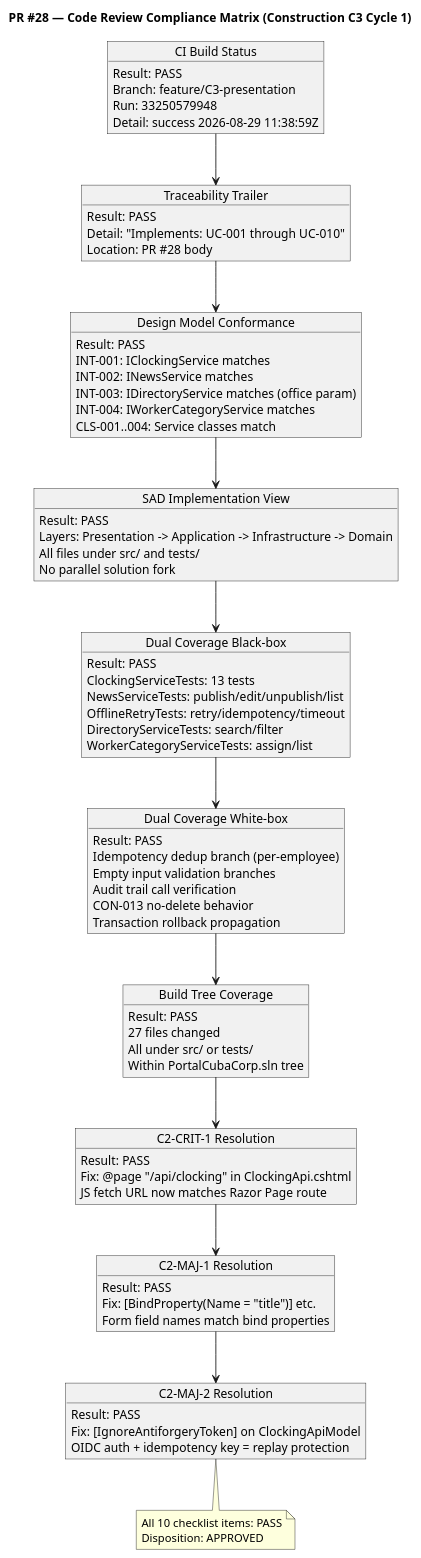
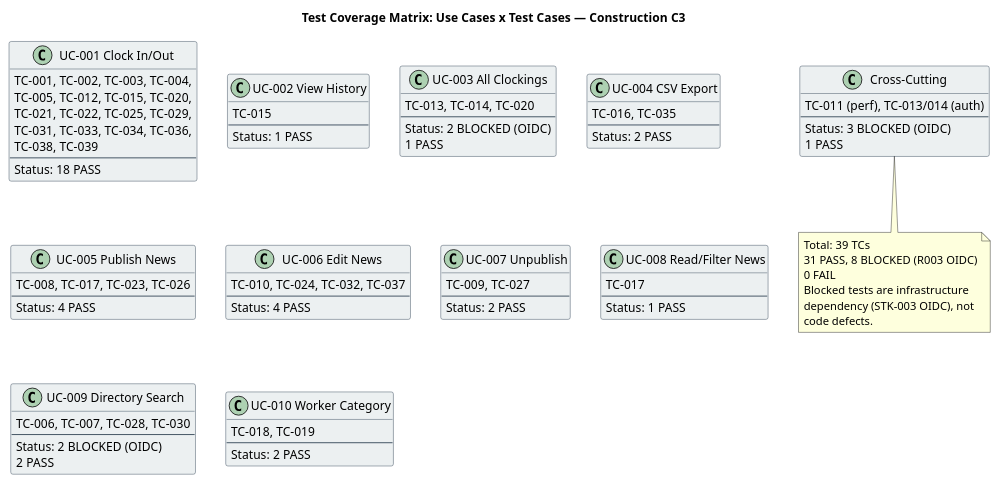
One commit to banense-test/portal-cuba-corp changed the third of 3 diagrams in docs/artifacts/project-management/review-record.md. Above: the diagram before and after it, drawn with PlantUML. The commit also changed other lines of this file, not shown here.

First line of the commit message:
Reviewer [C3]: upsert Review Record

````diff
--- a/docs/artifacts/project-management/review-record.md
+++ b/docs/artifacts/project-management/review-record.md
@@ -149,96 +306,91 @@
 ```plantuml
 @startuml
-title PR #28 — Code Review Compliance Matrix (Construction C3 Cycle 1)
+title Test Coverage Matrix: Use Cases x Test Cases — Construction C3
 
 skinparam classBorderColor #2C3E50
 skinparam classBackgroundColor #ECF0F1
-skinparam classAttributeIconSize 0
+skinparam shadowing false
 
-object "CI Build Status" as CHK1 {
-  Result: PASS
-  Branch: feature/C3-presentation
-  Run: 33250579948
-  Detail: success 2026-08-29 11:38:59Z
+class "UC-001 Clock In/Out" as UC1 {
+  TC-001, TC-002, TC-003, TC-004,
+  TC-005, TC-012, TC-015, TC-020,
+  TC-021, TC-022, TC-025, TC-029,
+  TC-031, TC-033, TC-034, TC-036,
+  TC-038, TC-039
+  --
+  Status: 18 PASS
 }
 
-object "Traceability Trailer" as CHK2 {
-  Result: PASS
-  Detail: "Implements: UC-001 through UC-010"
-  Location: PR #28 body
+class "UC-002 View History" as UC2 {
+  TC-015
+  --
+  Status: 1 PASS
 }
 
-object "Design Model Conformance" as CHK3 {
-  Result: PASS
-  INT-001: IClockingService matches
-  INT-002: INewsService matches
-  INT-003: IDirectoryService matches (office param)
-  INT-004: IWorkerCategoryService matches
-  CLS-001..004: Service classes match
+class "UC-003 All Clockings" as UC3 {
+  TC-013, TC-014, TC-020
+  --
+  Status: 2 BLOCKED (OIDC)
+  1 PASS
 }
 
-object "SAD Implementation View" as CHK4 {
-  Result: PASS
-  Layers: Presentation -> Application -> Infrastructure -> Domain
-  All files under src/ and tests/
-  No parallel solution fork
+class "UC-004 CSV Export" as UC4 {
+  TC-016, TC-035
+  --
+  Status: 2 PASS
 }
 
-object "Dual Coverage Black-box" as CHK5 {
-  Result: PASS
-  ClockingServiceTests: 13 tests
-  NewsServiceTests: publish/edit/unpublish/list
-  OfflineRetryTests: retry/idempotency/timeout
-  DirectoryServiceTests: search/filter
-  WorkerCategoryServiceTests: assign/list
+class "UC-005 Publish News" as UC5 {
+  TC-008, TC-017, TC-023, TC-026
+  --
+  Status: 4 PASS
 }
 
-object "Dual Coverage White-box" as CHK6 {
-  Result: PASS
-  Idempotency dedup branch (per-employee)
-  Empty input validation branches
-  Audit trail call verification
-  CON-013 no-delete behavior
-  Transaction rollback propagation
+class "UC-006 Edit News" as UC6 {
+  TC-010, TC-024, TC-032, TC-037
+  --
+  Status: 4 PASS
 }
 
-object "Build Tree Coverage" as CHK7 {
-  Result: PASS
-  27 files changed
-  All under src/ or tests/
-  Within PortalCubaCorp.sln tree
+class "UC-007 Unpublish" as UC7 {
+  TC-009, TC-027
+  --
+  Status: 2 PASS
 }
 
-object "C2-CRIT-1 Resolution" as CHK8 {
-  Result: PASS
-  Fix: @page "/api/clocking" in ClockingApi.cshtml
-  JS fetch URL now matches Razor Page route
+class "UC-008 Read/Filter News" as UC8 {
+  TC-017
+  --
+  Status: 1 PASS
 }
 
-object "C2-MAJ-1 Resolution" as CHK9 {
-  Result: PASS
-  Fix: [BindProperty(Name = "title")] etc.
-  Form field names match bind properties
+class "UC-009 Directory Search" as UC9 {
+  TC-006, TC-007, TC-028, TC-030
+  --
+  Status: 2 BLOCKED (OIDC)
+  2 PASS
 }
 
-object "C2-MAJ-2 Resolution" as CHK10 {
-  Result: PASS
-  Fix: [IgnoreAntiforgeryToken] on ClockingApiModel
-  OIDC auth + idempotency key = replay protection
+class "UC-010 Worker Category" as UC10 {
+  TC-018, TC-019
+  --
+  Status: 2 PASS
 }
 
-CHK1 --> CHK2
-CHK2 --> CHK3
-CHK3 --> CHK4
-CHK4 --> CHK5
-CHK5 --> CHK6
-CHK6 --> CHK7
-CHK7 --> CHK8
-CHK8 --> CHK9
-CHK9 --> CHK10
+class "Cross-Cutting" as CC {
+  TC-011 (perf), TC-013/014 (auth)
+  --
+  Status: 3 BLOCKED (OIDC)
+  1 PASS
+}
 
-note bottom of CHK10
-  All 10 checklist items: PASS
-  Disposition: APPROVED
+note bottom of CC
+  Total: 39 TCs
+  31 PASS, 8 BLOCKED (R003 OIDC)
+  0 FAIL
+  Blocked tests are infrastructure
+  dependency (STK-003 OIDC), not
+  code defects.
 end note
 
 @enduml
````
